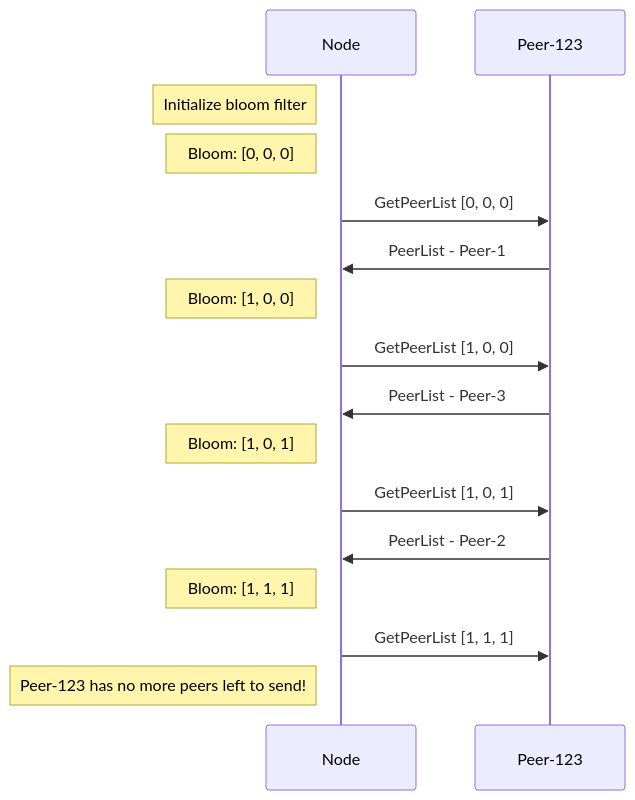
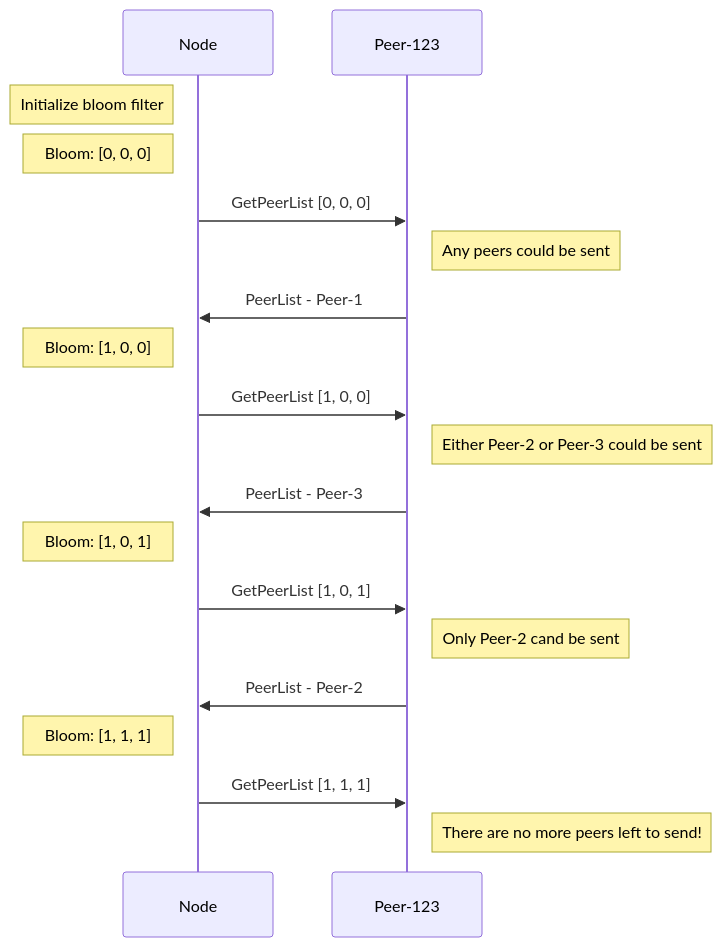
Before and after one commit to ava-labs/avalanchego: the fifth of 5 diagrams in network/README.md, drawn with Mermaid.

Commit message:
wip readme

````diff
--- a/network/README.md
+++ b/network/README.md
@@ -125,16 +125,19 @@
 ```mermaid
 sequenceDiagram
 Note left of Node: Initialize bloom filter
 Note left of Node: Bloom: [0, 0, 0]
 Node->>Peer-123: GetPeerList [0, 0, 0]
+Note right of Peer-123: Any peers could be sent
 Peer-123->>Node: PeerList - Peer-1
 Note left of Node: Bloom: [1, 0, 0]
 Node->>Peer-123: GetPeerList [1, 0, 0]
+Note right of Peer-123: Either Peer-2 or Peer-3 could be sent
 Peer-123->>Node: PeerList - Peer-3
 Note left of Node: Bloom: [1, 0, 1]
 Node->>Peer-123: GetPeerList [1, 0, 1]
+Note right of Peer-123: Only Peer-2 cand be sent
 Peer-123->>Node: PeerList - Peer-2
 Note left of Node: Bloom: [1, 1, 1]
 Node->>Peer-123: GetPeerList [1, 1, 1]
-Note left of Node: Peer-123 has no more peers left to send!
+Note right of Peer-123: There are no more peers left to send!
 ```
````
